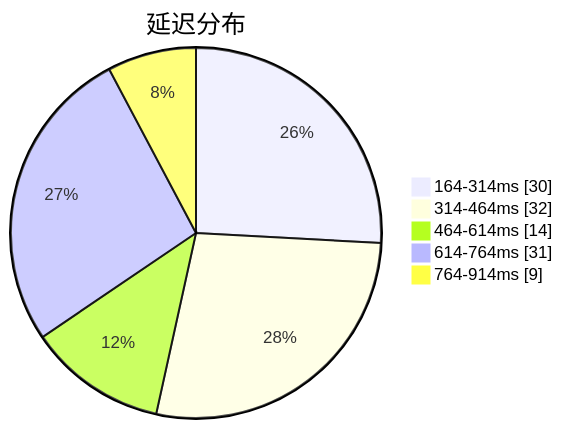
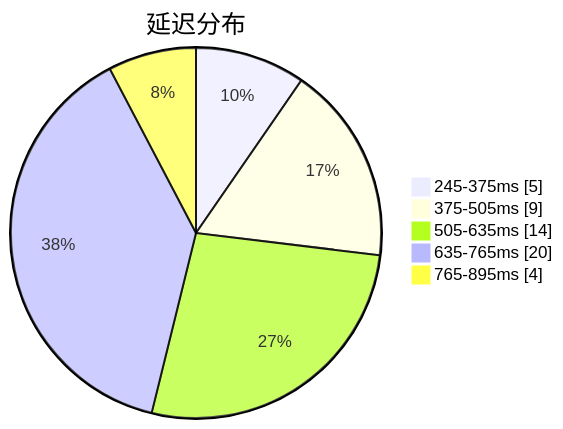
The first of 3 diagrams in subs/statistics/tested_within.md (qjlxg/airport), drawn with Mermaid before and after one commit. The commit also changed other lines of this file and 2 other files, not shown here.

````diff
--- a/subs/statistics/tested_within.md
+++ b/subs/statistics/tested_within.md
@@ -2,9 +2,9 @@
 ```mermaid
 pie showData
 title 延迟分布
-"164-314ms" : 30
-"314-464ms" : 32
-"464-614ms" : 14
-"614-764ms" : 31
-"764-914ms" : 9
+"245-375ms" : 5
+"375-505ms" : 9
+"505-635ms" : 14
+"635-765ms" : 20
+"765-895ms" : 4
 ```
````
